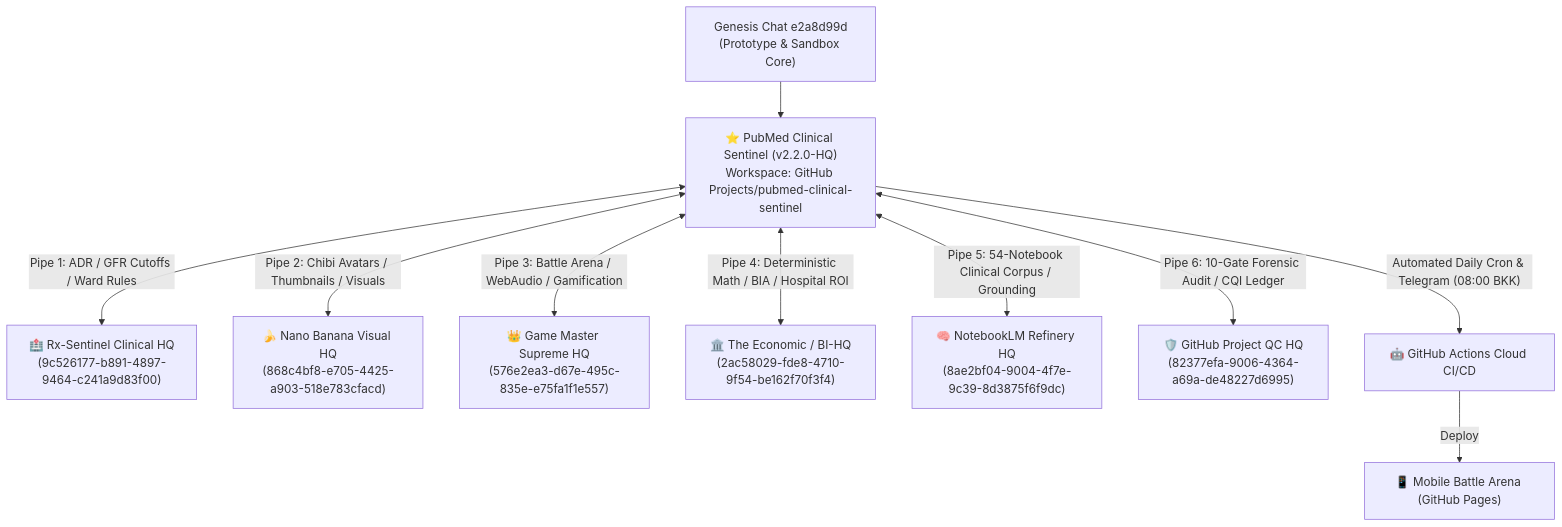
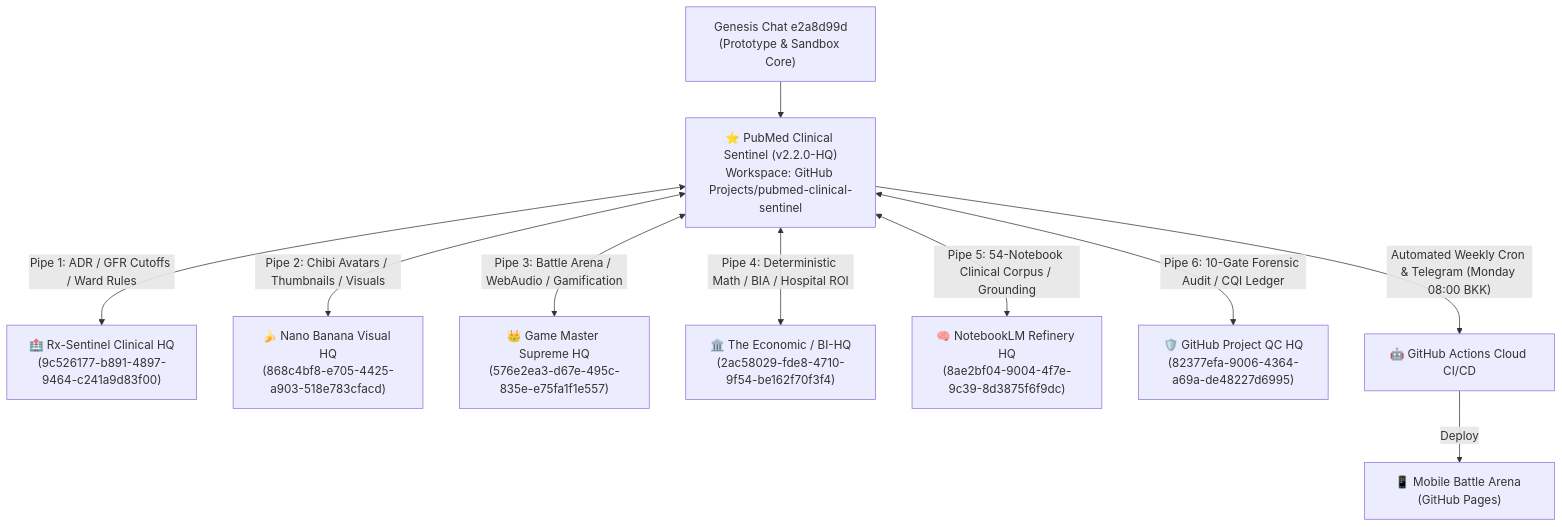
One commit to NutCodeLaw/pubmed-clinical-sentinel changed the diagram in ALLIED_HQ_HANDSHAKE_REGISTRY.md. Above: the diagram before and after it, drawn with Mermaid. The commit also changed other lines of this file and 4 other files, not shown here.

Commit message:
chore(schedule): configure pubmed-clinical-sentinel for weekly Monday 08:00 AM BKK (01:00 UTC) dispatch

````diff
--- a/ALLIED_HQ_HANDSHAKE_REGISTRY.md
+++ b/ALLIED_HQ_HANDSHAKE_REGISTRY.md
@@ -23,14 +23,14 @@
 ```mermaid
 flowchart TD
     Origin["Genesis Chat e2a8d99d<br/>(Prototype & Sandbox Core)"] --> Sentinel["⭐ PubMed Clinical Sentinel (v2.2.0-HQ)<br/>Workspace: GitHub Projects/pubmed-clinical-sentinel"]
     
     Sentinel <-->|"Pipe 1: ADR / GFR Cutoffs / Ward Rules"| RxHQ["🏥 Rx-Sentinel Clinical HQ<br/>(9c526177-b891-4897-9464-c241a9d83f00)"]
     Sentinel <-->|"Pipe 2: Chibi Avatars / Thumbnails / Visuals"| VisualHQ["🍌 Nano Banana Visual HQ<br/>(868c4bf8-e705-4425-a903-518e783cfacd)"]
     Sentinel <-->|"Pipe 3: Battle Arena / WebAudio / Gamification"| GameHQ["👑 Game Master Supreme HQ<br/>(576e2ea3-d67e-495c-835e-e75fa1f1e557)"]
     Sentinel <-->|"Pipe 4: Deterministic Math / BIA / Hospital ROI"| BIHQ["🏛️ The Economic / BI-HQ<br/>(2ac58029-fde8-4710-9f54-be162f70f3f4)"]
     Sentinel <-->|"Pipe 5: 54-Notebook Clinical Corpus / Grounding"| NLMHQ["🧠 NotebookLM Refinery HQ<br/>(8ae2bf04-9004-4f7e-9c39-8d3875f6f9dc)"]
     Sentinel <-->|"Pipe 6: 10-Gate Forensic Audit / CQI Ledger"| QCHQ["🛡️ GitHub Project QC HQ<br/>(82377efa-9006-4364-a69a-de48227d6995)"]
     
-    Sentinel -->|"Automated Daily Cron & Telegram (08:00 BKK)"| GHA["🤖 GitHub Actions Cloud CI/CD"]
+    Sentinel -->|"Automated Weekly Cron & Telegram (Monday 08:00 BKK)"| GHA["🤖 GitHub Actions Cloud CI/CD"]
     GHA -->|"Deploy"| Pages["📱 Mobile Battle Arena (GitHub Pages)"]
 ```
````
